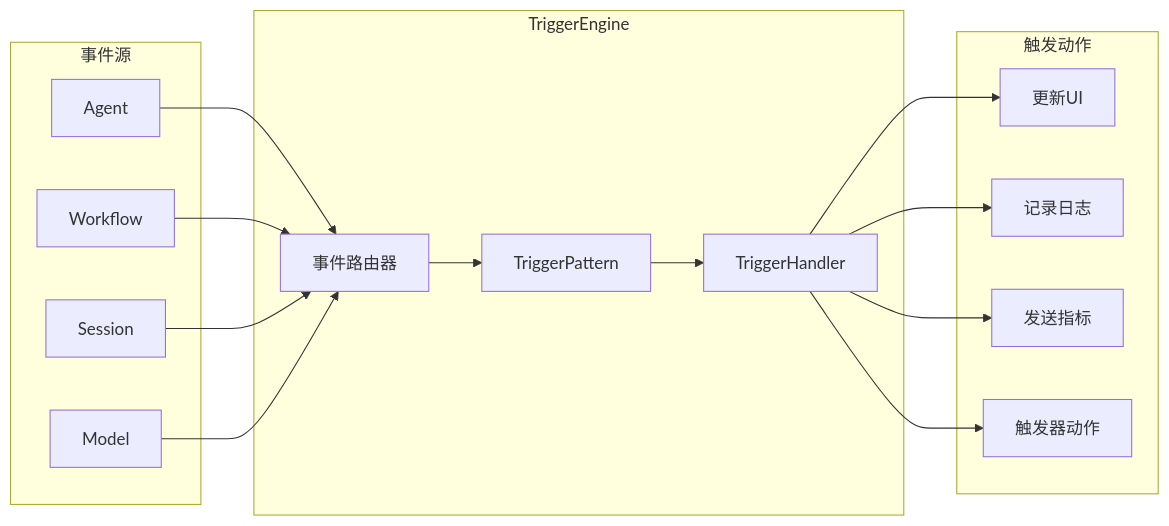
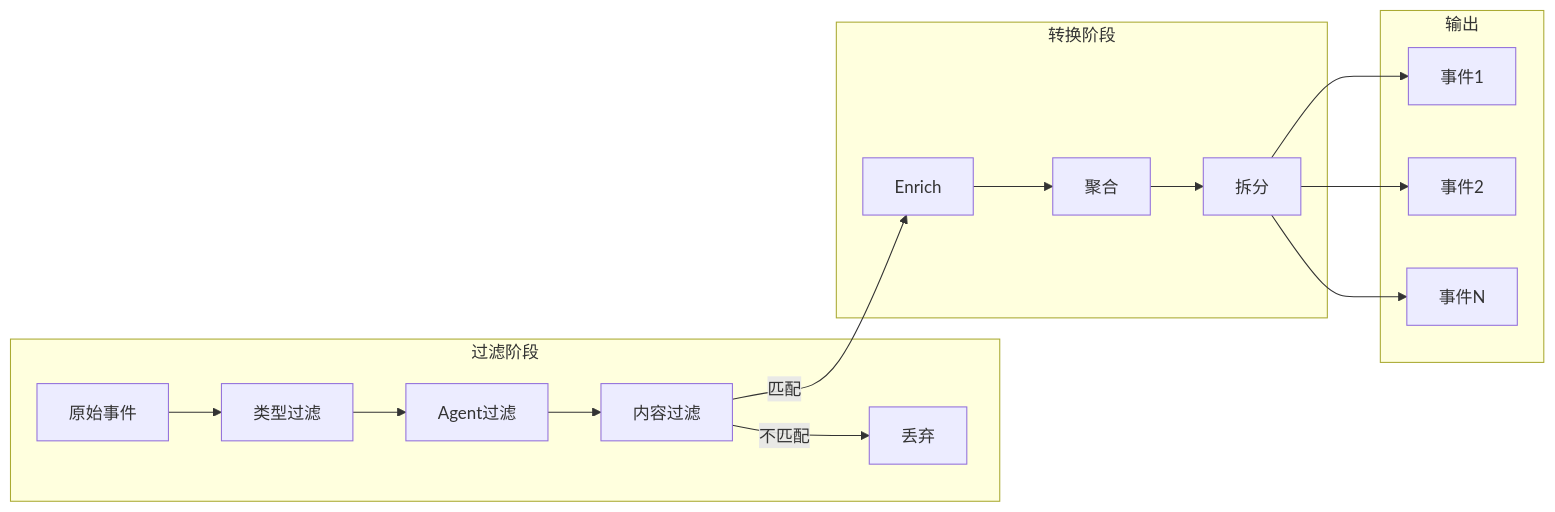
Before and after one commit to MiyakoMeow/neco: the fourth of 5 diagrams in progress/TECH-AGENT.md, drawn with Mermaid. The commit also changed other lines of this file and 5 other files, not shown here.

````diff
--- a/progress/TECH-AGENT.md
+++ b/progress/TECH-AGENT.md
@@ -333,34 +322,21 @@
 ```mermaid
 graph LR
-    subgraph "事件源"
-        A[Agent]
-        W[Workflow]
-        S[Session]
-        M[Model]
+    subgraph "过滤阶段"
+        E1[原始事件] --> FT1[类型过滤]
+        FT1 --> FT2[Agent过滤]
+        FT2 --> FT3[内容过滤]
+        FT3 -->|不匹配| Drop[丢弃]
     end
     
-    subgraph "TriggerEngine"
-        TE[事件路由器]
-        TP[TriggerPattern]
-        TH[TriggerHandler]
+    subgraph "转换阶段"
+        FT3 -->|匹配| T1[Enrich]
+        T1 --> T2[聚合]
+        T2 --> T3[拆分]
     end
     
-    subgraph "触发动作"
-        UA[更新UI]
-        LG[记录日志]
-        MT[发送指标]
-        TR[触发器动作]
+    subgraph "输出"
+        T3 --> O1[事件1]
+        T3 --> O2[事件2]
+        T3 --> O3[事件N]
     end
-    
-    A --> TE
-    W --> TE
-    S --> TE
-    M --> TE
-    
-    TE --> TP
-    TP --> TH
-    TH --> UA
-    TH --> LG
-    TH --> MT
-    TH --> TR
 ```
````
